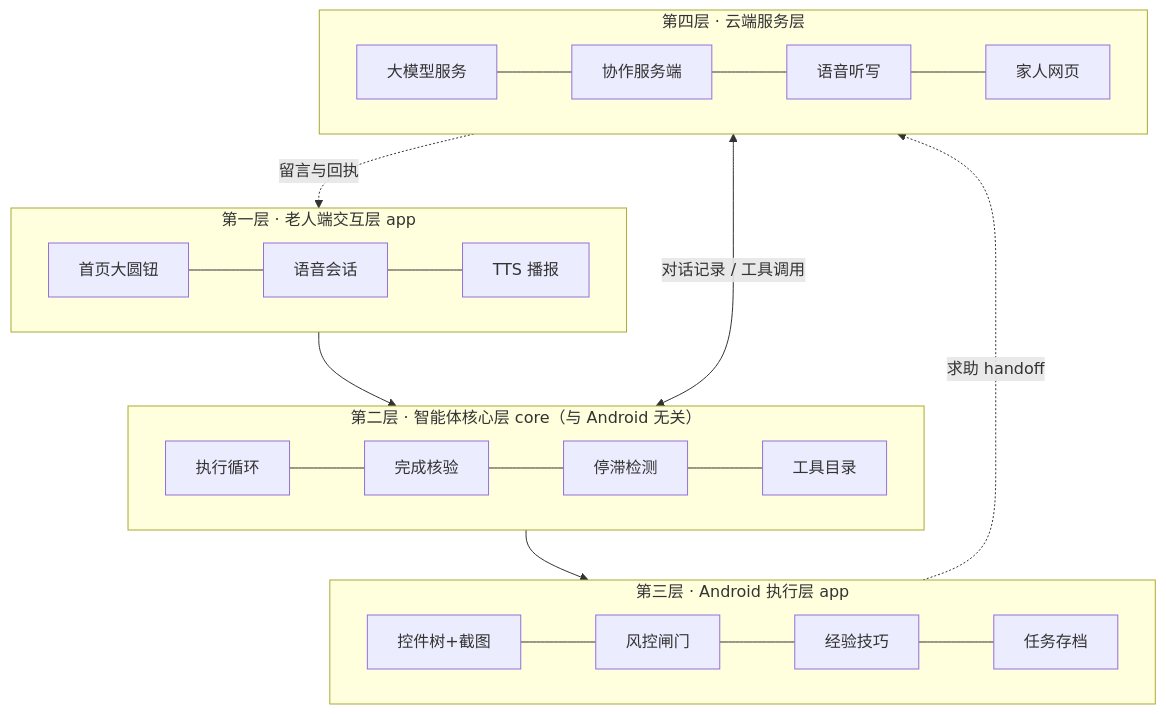
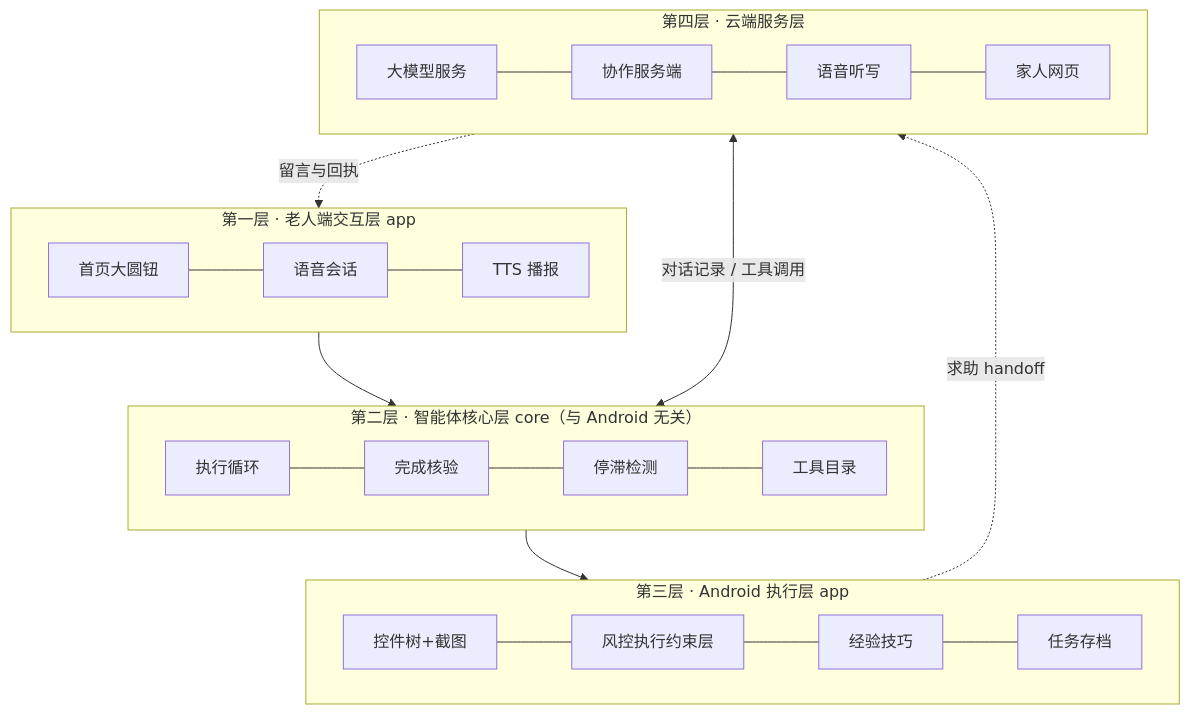
One commit to lhxll07/elder-harness changed the second of 13 diagrams in docs/aic-2026/作品方案-定稿.md. Above: the diagram before and after it, drawn with Mermaid. The commit also changed other lines of this file and 50 other files, not shown here.

````diff
--- a/docs/aic-2026/作品方案-定稿.md
+++ b/docs/aic-2026/作品方案-定稿.md
@@ -244,24 +246,24 @@
 ```mermaid
 flowchart TB
   subgraph L1[第一层 · 老人端交互层 app]
     direction LR
     UI[首页大圆钮] --- Voice[语音会话] --- TTS[TTS 播报]
   end
   subgraph L2[第二层 · 智能体核心层 core（与 Android 无关）]
     direction LR
     Loop[执行循环] --- Check[完成核验] --- Stall[停滞检测] --- Catalog[工具目录]
   end
   subgraph L3[第三层 · Android 执行层 app]
     direction LR
-    Access[控件树+截图] --- Guard[风控闸门] --- Skills[经验技巧] --- Store[任务存档]
+    Access[控件树+截图] --- Guard[风控执行约束层] --- Skills[经验技巧] --- Store[任务存档]
   end
   subgraph L4[第四层 · 云端服务层]
     direction LR
     LLM[大模型服务] --- Server[协作服务端] --- ASR[语音听写] --- Web[家人网页]
   end
   L1 --> L2
   L2 <-->|对话记录 / 工具调用| L4
   L2 --> L3
   L3 -.->|求助 handoff| L4
   L4 -.->|留言与回执| L1
 ```
````
